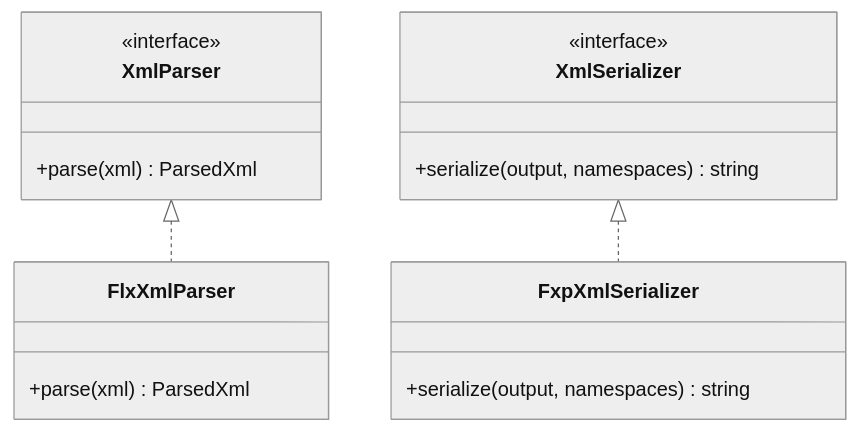
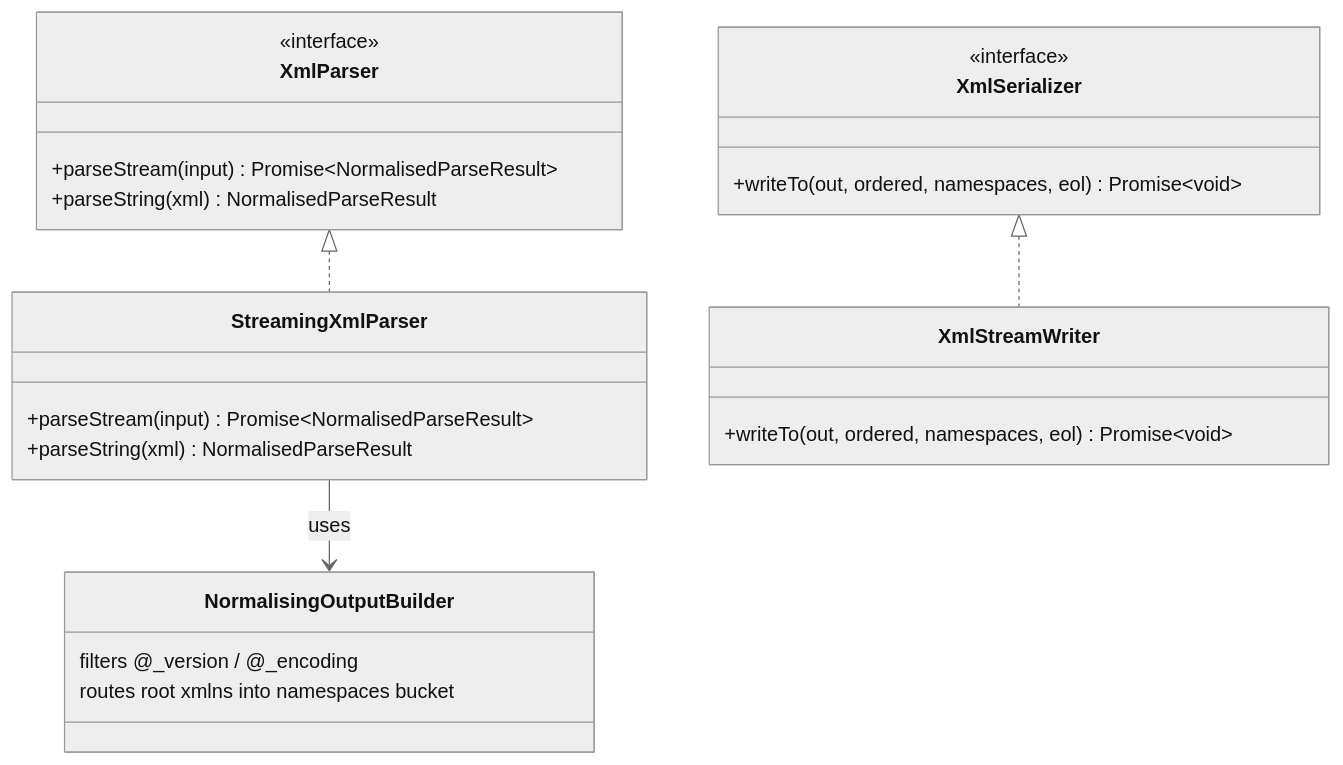
One commit to scolladon/sf-git-merge-driver changed the fourth of 8 diagrams in DESIGN.md. Above: the diagram before and after it, drawn with Mermaid (neutral theme). The commit also changed other lines of this file and 4 other files, not shown here.

````diff
--- a/DESIGN.md
+++ b/DESIGN.md
@@ -172,23 +163,31 @@
 ```mermaid
 classDiagram
     class XmlParser {
         <<interface>>
-        +parse(xml) ParsedXml
+        +parseStream(input) Promise~NormalisedParseResult~
+        +parseString(xml) NormalisedParseResult
     }
 
     class XmlSerializer {
         <<interface>>
-        +serialize(output, namespaces) string
+        +writeTo(out, ordered, namespaces, eol) Promise~void~
     }
 
-    class FlxXmlParser {
-        +parse(xml) ParsedXml
+    class StreamingXmlParser {
+        +parseStream(input) Promise~NormalisedParseResult~
+        +parseString(xml) NormalisedParseResult
     }
 
-    class FxpXmlSerializer {
-        +serialize(output, namespaces) string
+    class NormalisingOutputBuilder {
+        filters @_version / @_encoding
+        routes root xmlns into namespaces bucket
     }
 
-    XmlParser <|.. FlxXmlParser
-    XmlSerializer <|.. FxpXmlSerializer
+    class XmlStreamWriter {
+        +writeTo(out, ordered, namespaces, eol) Promise~void~
+    }
+
+    XmlParser <|.. StreamingXmlParser
+    XmlSerializer <|.. XmlStreamWriter
+    StreamingXmlParser --> NormalisingOutputBuilder : uses
 ```
````
